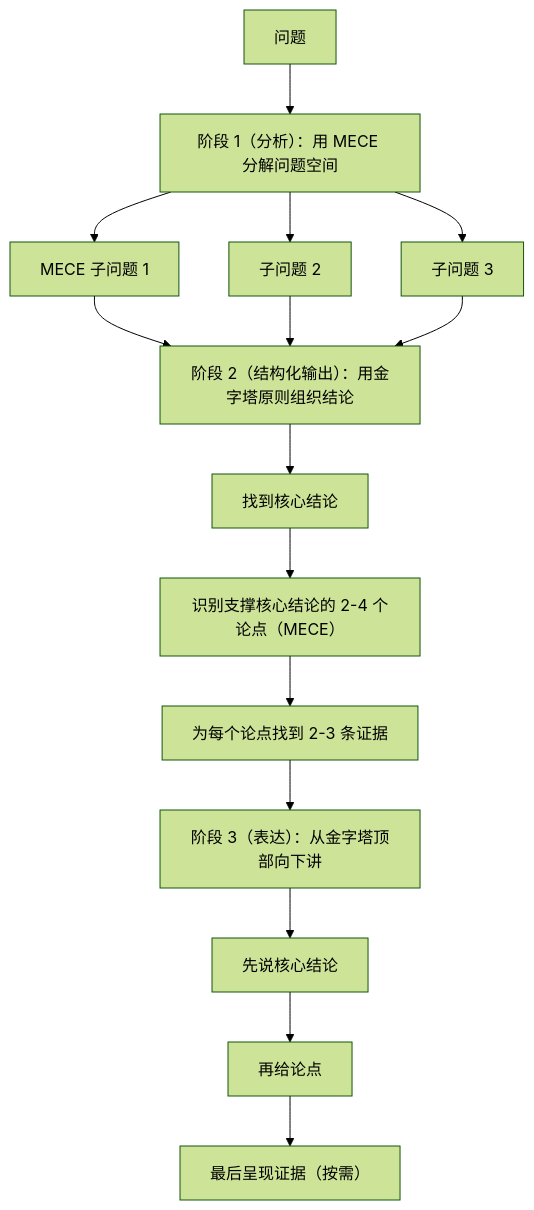
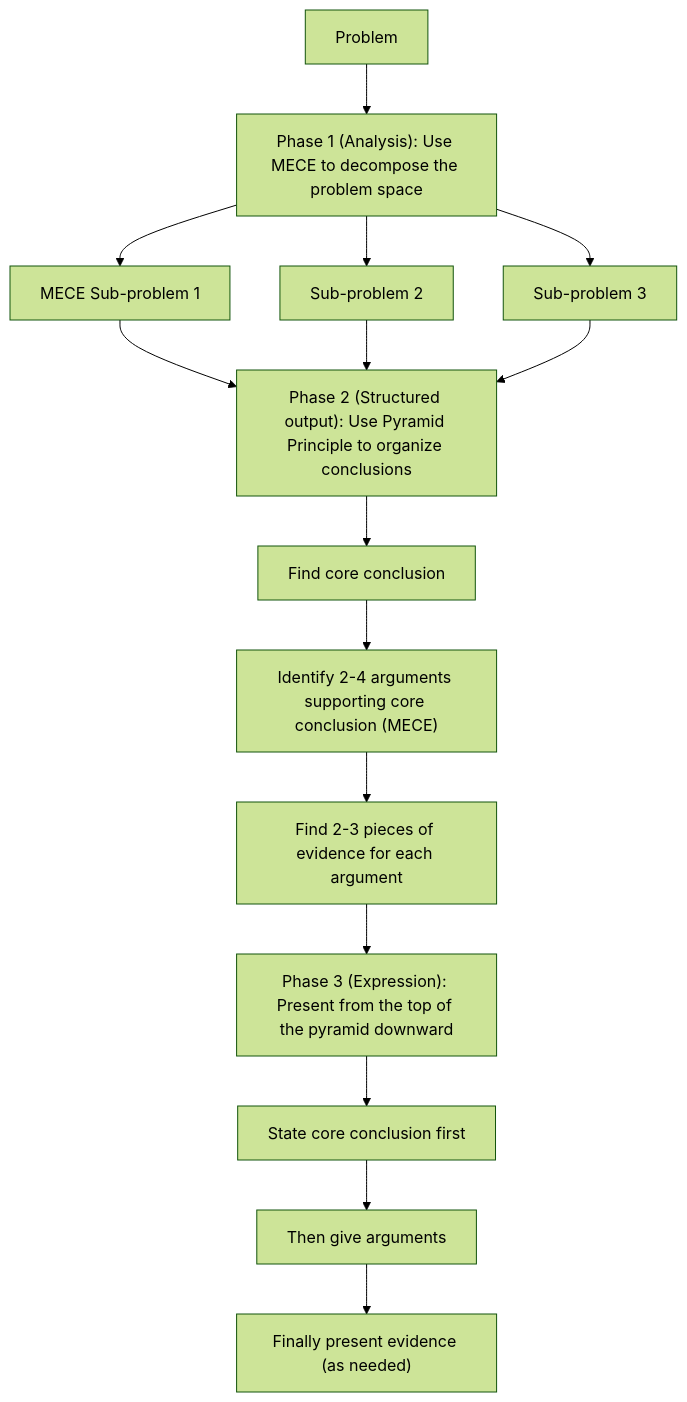
Before and after one commit to Kirky-X/kueiku: the third of 3 diagrams in references/structured-thinking/mece-pyramid.md, drawn with Mermaid (forest theme). The commit also changed other lines of this file and 126 other files, not shown here.

````diff
--- a/references/structured-thinking/mece-pyramid.md
+++ b/references/structured-thinking/mece-pyramid.md
@@ -120,17 +120,17 @@
 ```mermaid
 flowchart TD
-    Start["问题"] --> Stage1["阶段 1（分析）：用 MECE 分解问题空间"]
-    Stage1 --> Q1["MECE 子问题 1"]
-    Stage1 --> Q2["子问题 2"]
-    Stage1 --> Q3["子问题 3"]
-    Q1 --> Stage2["阶段 2（结构化输出）：用金字塔原则组织结论"]
+    Start["Problem"] --> Stage1["Phase 1 (Analysis): Use MECE to decompose the problem space"]
+    Stage1 --> Q1["MECE Sub-problem 1"]
+    Stage1 --> Q2["Sub-problem 2"]
+    Stage1 --> Q3["Sub-problem 3"]
+    Q1 --> Stage2["Phase 2 (Structured output): Use Pyramid Principle to organize conclusions"]
     Q2 --> Stage2
     Q3 --> Stage2
-    Stage2 --> S1["找到核心结论"]
-    S1 --> S2["识别支撑核心结论的 2-4 个论点（MECE）"]
-    S2 --> S3["为每个论点找到 2-3 条证据"]
-    S3 --> Stage3["阶段 3（表达）：从金字塔顶部向下讲"]
-    Stage3 --> T1["先说核心结论"]
-    T1 --> T2["再给论点"]
-    T2 --> T3["最后呈现证据（按需）"]
+    Stage2 --> S1["Find core conclusion"]
+    S1 --> S2["Identify 2-4 arguments supporting core conclusion (MECE)"]
+    S2 --> S3["Find 2-3 pieces of evidence for each argument"]
+    S3 --> Stage3["Phase 3 (Expression): Present from the top of the pyramid downward"]
+    Stage3 --> T1["State core conclusion first"]
+    T1 --> T2["Then give arguments"]
+    T2 --> T3["Finally present evidence (as needed)"]
 ```
````
